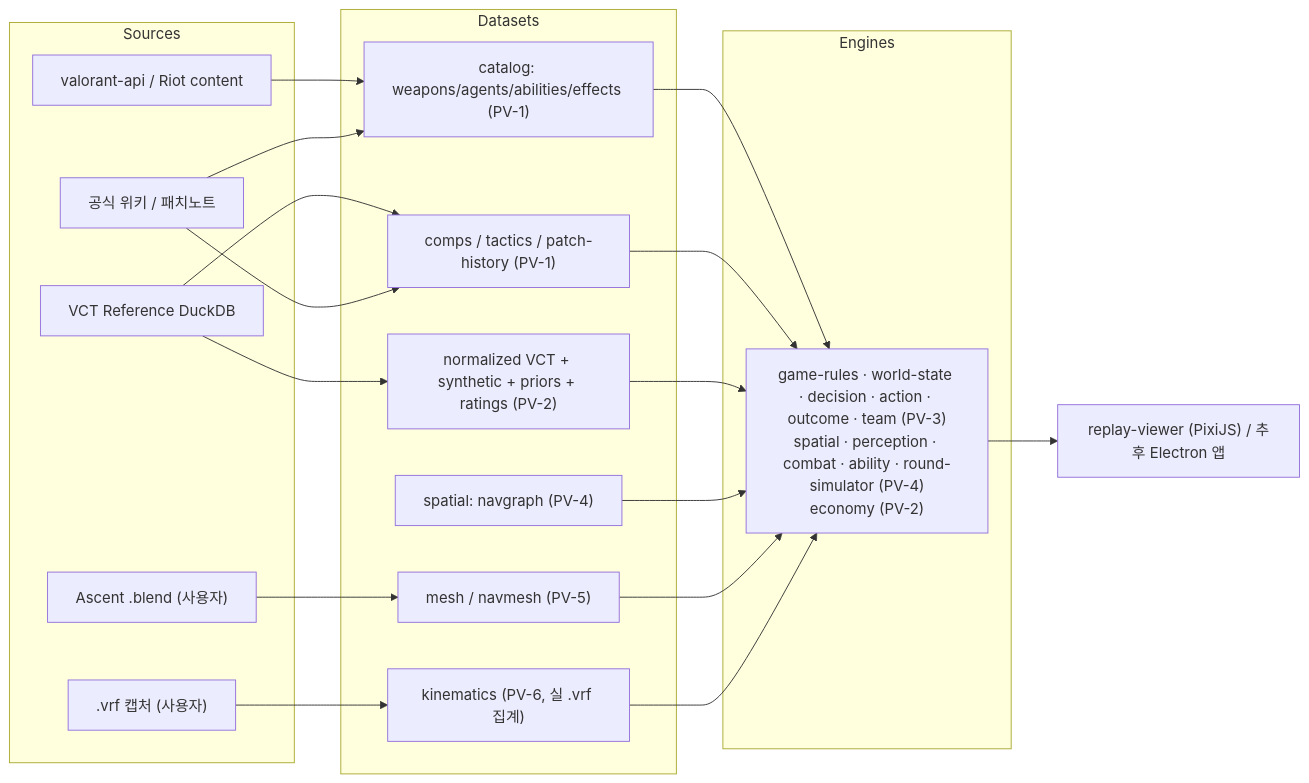
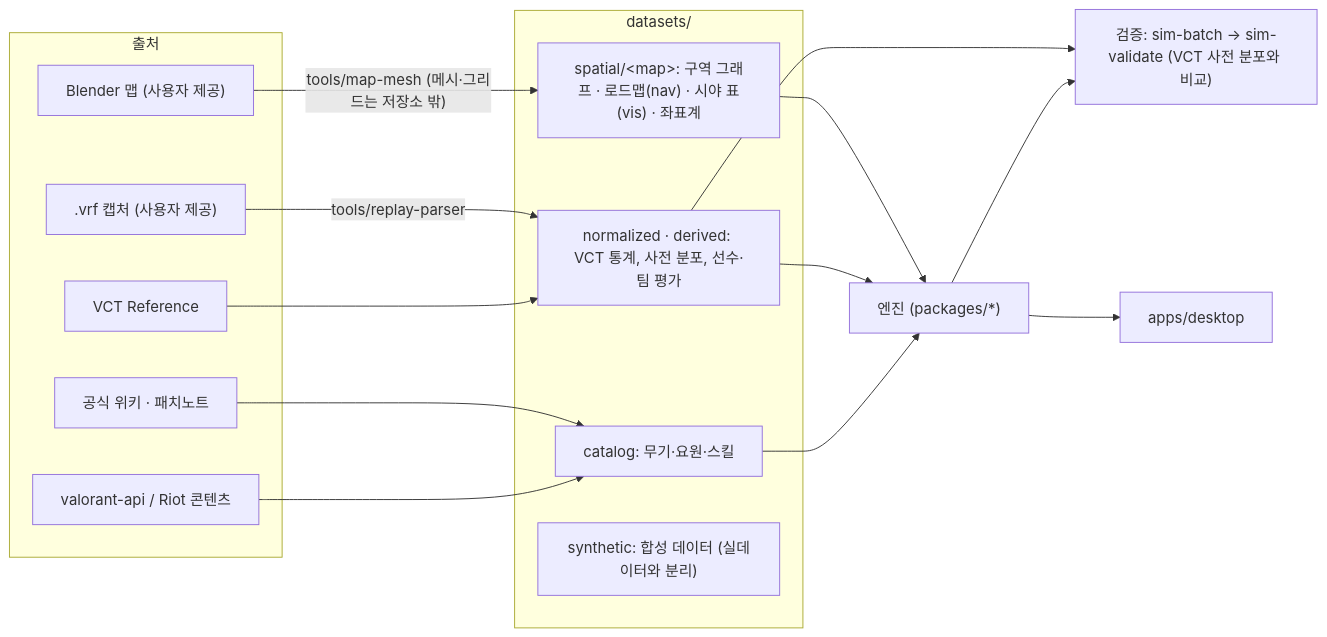
One commit to 2rangs/Project-VM changed the second of 3 diagrams in docs/ARCHITECTURE.integrated.md. Above: the diagram before and after it, drawn with Mermaid. The commit also changed other lines of this file and 3 other files, not shown here.

First line of the commit message:
docs: desktop README reorganised; integrated architecture rewritten as the current system

````diff
--- a/docs/ARCHITECTURE.integrated.md
+++ b/docs/ARCHITECTURE.integrated.md
@@ -66,30 +135,29 @@
 ```mermaid
 flowchart LR
-  subgraph Sources
-    API["valorant-api / Riot content"]
-    VCT["VCT Reference DuckDB"]
-    WIKI["공식 위키 / 패치노트"]
-    BLEND["Ascent .blend (사용자)"]
-    VRF[".vrf 캡처 (사용자)"]
+  subgraph Sources["출처"]
+    API["valorant-api / Riot 콘텐츠"]
+    VCT["VCT Reference"]
+    WIKI["공식 위키 · 패치노트"]
+    BLEND["Blender 맵 (사용자 제공)"]
+    VRF[".vrf 캡처 (사용자 제공)"]
   end
-  subgraph Datasets
-    CAT["catalog: weapons/agents/abilities/effects (PV-1)"]
-    COMP["comps / tactics / patch-history (PV-1)"]
-    NORM["normalized VCT + synthetic + priors + ratings (PV-2)"]
-    NAV["spatial: navgraph (PV-4)"]
-    MESH["mesh / navmesh (PV-5)"]
-    KIN["kinematics (PV-6, 실 .vrf 집계)"]
+  subgraph Datasets["datasets/"]
+    CAT["catalog: 무기·요원·스킬"]
+    NORM["normalized · derived: VCT 통계, 사전 분포, 선수·팀 평가"]
+    SPA["spatial/&lt;map&gt;: 구역 그래프 · 로드맵(nav) · 시야 표(vis) · 좌표계"]
+    SYN["synthetic: 합성 데이터 (실데이터와 분리)"]
   end
-  subgraph Engines
-    ENG["game-rules · world-state · decision · action · outcome · team (PV-3)\nspatial · perception · combat · ability · round-simulator (PV-4)\neconomy (PV-2)"]
-  end
-  UI["replay-viewer (PixiJS) / 추후 Electron 앱"]
+  ENG["엔진 (packages/*)"]
+  VAL["검증: sim-batch → sim-validate (VCT 사전 분포와 비교)"]
+  UI["apps/desktop"]
 
   API --> CAT
-  VCT --> NORM & COMP
-  WIKI --> CAT & COMP
-  BLEND --> MESH
-  VRF --> KIN
-  CAT & COMP & NORM & NAV & MESH & KIN --> ENG
+  VCT --> NORM
+  WIKI --> CAT
+  BLEND -->|"tools/map-mesh (메시·그리드는 저장소 밖)"| SPA
+  VRF -->|"tools/replay-parser"| NORM
+  CAT & NORM & SPA --> ENG
+  ENG --> VAL
+  NORM --> VAL
   ENG --> UI
 ```
````
